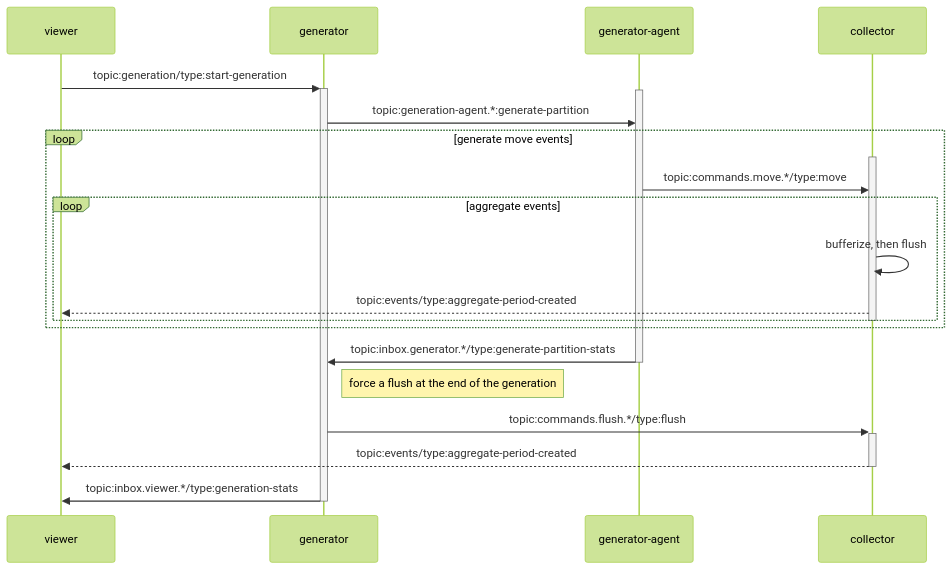
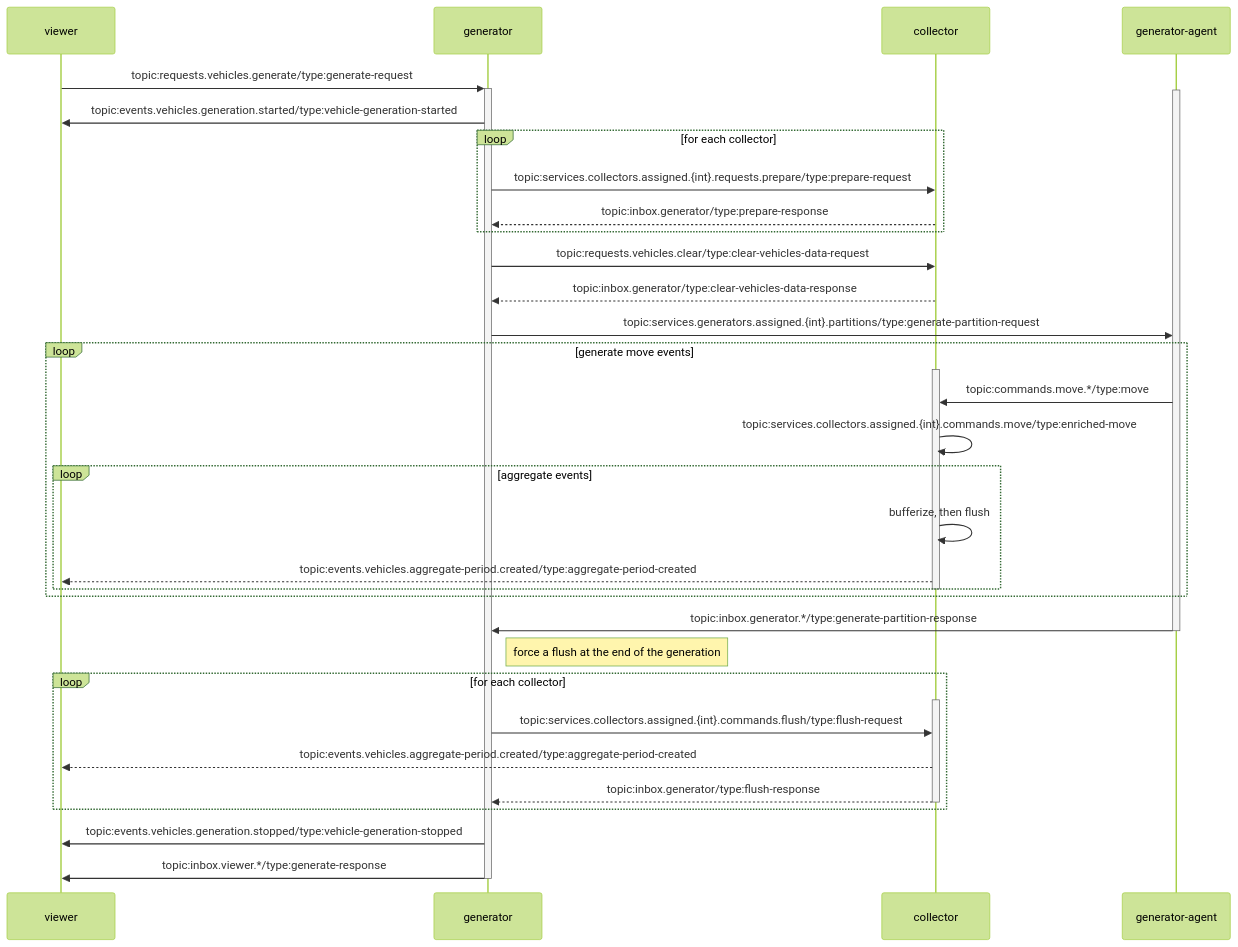
One commit to livetocode/vehicle-fleet-poc changed the first of 3 diagrams in README.md. Above: the diagram before and after it, drawn with Mermaid (forest theme). The commit also changed other lines of this file and 6 other files, not shown here.

Commit message:
add "generate documentation" feature to the services page. Update the README.

````diff
--- a/README.md
+++ b/README.md
@@ -92,21 +112,35 @@
 ```mermaid
 sequenceDiagram
-    viewer ->>+ generator: topic:generation/type:start-generation
+    viewer ->>+ generator: topic:requests.vehicles.generate/type:generate-request
     activate generator-agent
-    generator ->> generator-agent: topic:generation-agent.*:generate-partition
+    generator ->> viewer: topic:events.vehicles.generation.started/type:vehicle-generation-started
+    loop for each collector
+        generator ->> collector: topic:services.collectors.assigned.{int}.requests.prepare/type:prepare-request
+        collector -->> generator: topic:inbox.generator/type:prepare-response
+    end
+    generator ->> collector: topic:requests.vehicles.clear/type:clear-vehicles-data-request
+    collector -->> generator: topic:inbox.generator/type:clear-vehicles-data-response
+    generator ->> generator-agent: topic:services.generators.assigned.{int}.partitions/type:generate-partition-request
     loop generate move events
         activate collector
         generator-agent ->> collector: topic:commands.move.*/type:move
+        collector ->> collector: topic:services.collectors.assigned.{int}.commands.move/type:enriched-move
         loop aggregate events
             collector ->> collector: bufferize, then flush
-            collector -->> viewer: topic:events/type:aggregate-period-created
+            collector -->> viewer: topic:events.vehicles.aggregate-period.created/type:aggregate-period-created
         end
         deactivate collector
     end
-    generator-agent ->> generator: topic:inbox.generator.*/type:generate-partition-stats
+    generator-agent ->> generator: topic:inbox.generator.*/type:generate-partition-response
     deactivate generator-agent
     note right of generator: force a flush at the end of the generation
-    generator ->>+ collector: topic:commands.flush.*/type:flush
-    collector -->>- viewer: topic:events/type:aggregate-period-created
-    generator ->>- viewer: topic:inbox.viewer.*/type:generation-stats
+    loop for each collector
+        activate collector
+        generator ->> collector: topic:services.collectors.assigned.{int}.commands.flush/type:flush-request
+        collector -->> viewer: topic:events.vehicles.aggregate-period.created/type:aggregate-period-created
+        collector -->> generator: topic:inbox.generator/type:flush-response
+        deactivate collector
+    end
+    generator ->> viewer: topic:events.vehicles.generation.stopped/type:vehicle-generation-stopped
+    generator ->>- viewer: topic:inbox.viewer.*/type:generate-response
 ```
````
